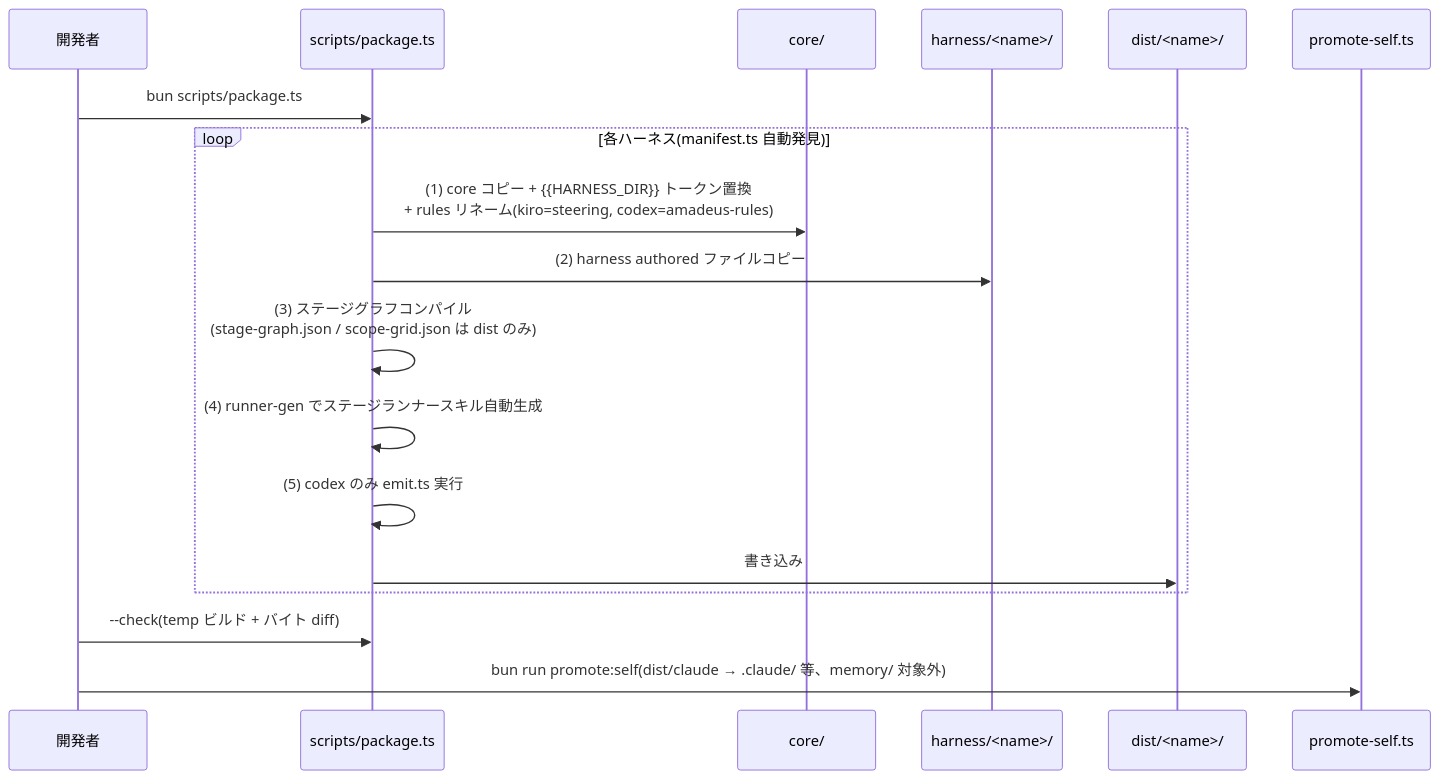
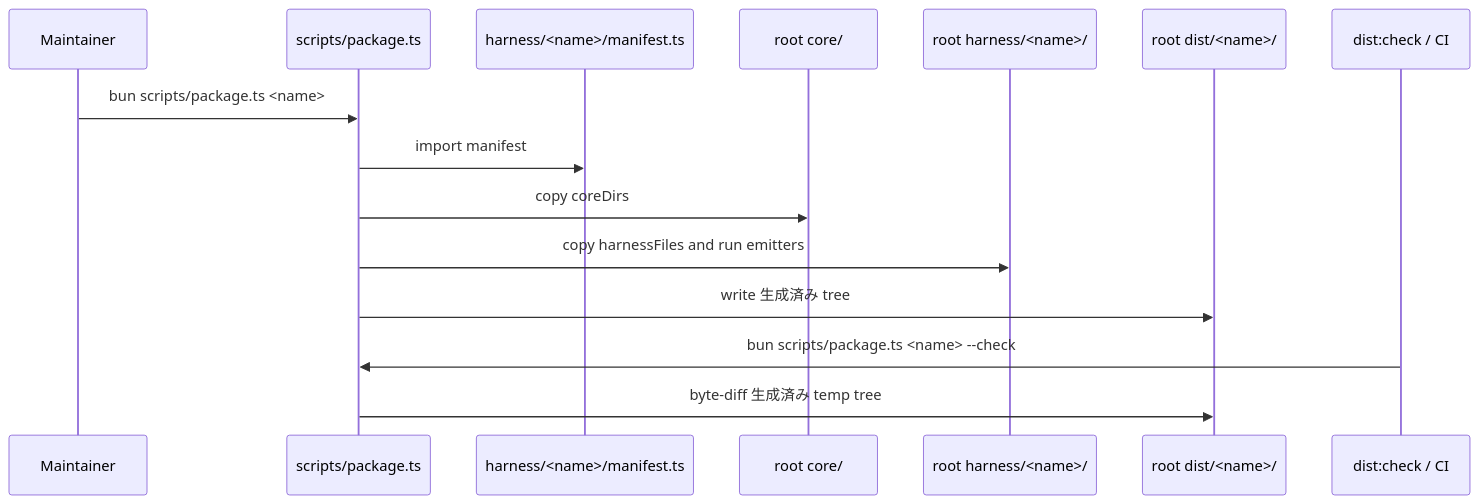
One commit to amadeus-dlc/amadeus changed the second of 3 diagrams in amadeus/spaces/default/codekb/amadeus/architecture.md. Above: the diagram before and after it, drawn with Mermaid. The commit also changed other lines of this file and 104 other files, not shown here.

````diff
--- a/amadeus/spaces/default/codekb/amadeus/architecture.md
+++ b/amadeus/spaces/default/codekb/amadeus/architecture.md
@@ -84,21 +47,18 @@
 ```mermaid
 sequenceDiagram
-    participant Dev as 開発者
-    participant P as scripts/package.ts
-    participant Core as core/
-    participant H as harness/<name>/
-    participant D as dist/<name>/
-    participant PS as promote-self.ts
+  participant Dev as Maintainer
+  participant Script as scripts/package.ts
+  participant Manifest as harness/<name>/manifest.ts
+  participant Core as root core/
+  participant Harness as root harness/<name>/
+  participant Dist as root dist/<name>/
+  participant Check as dist:check / CI
 
-    Dev->>P: bun scripts/package.ts
-    loop 各ハーネス(manifest.ts 自動発見)
-        P->>Core: (1) core コピー + {{HARNESS_DIR}} トークン置換<br/>+ rules リネーム(kiro=steering, codex=amadeus-rules)
-        P->>H: (2) harness authored ファイルコピー
-        P->>P: (3) ステージグラフコンパイル<br/>(stage-graph.json / scope-grid.json は dist のみ)
-        P->>P: (4) runner-gen でステージランナースキル自動生成
-        P->>P: (5) codex のみ emit.ts 実行
-        P->>D: 書き込み
-    end
-    Dev->>P: --check(temp ビルド + バイト diff)
-    Dev->>PS: bun run promote:self(dist/claude → .claude/ 等、memory/ 対象外)
+  Dev->>Script: bun scripts/package.ts <name>
+  Script->>Manifest: import manifest
+  Script->>Core: copy coreDirs
+  Script->>Harness: copy harnessFiles and run emitters
+  Script->>Dist: write 生成済み tree
+  Check->>Script: bun scripts/package.ts <name> --check
+  Script->>Dist: byte-diff 生成済み temp tree
 ```
````
